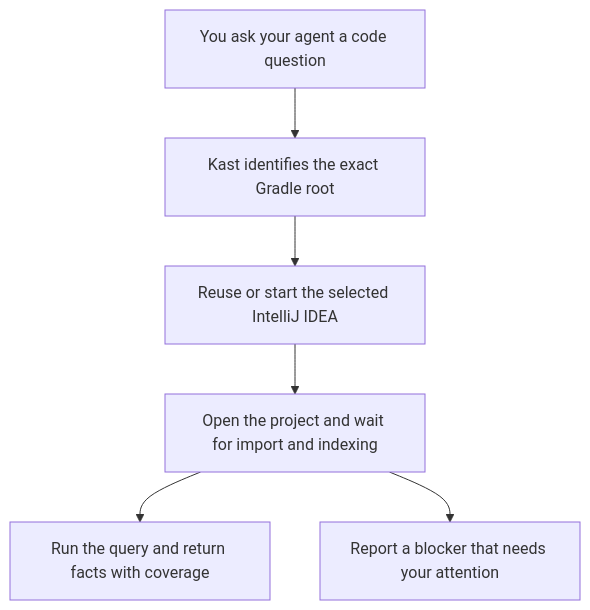
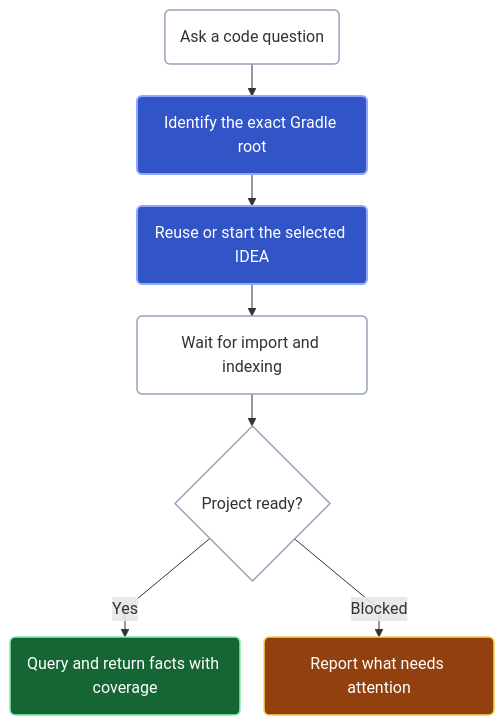
The diagram in docs/public/concepts/background-startup.mdx (amichne/kast), drawn with Mermaid before and after one commit. The commit also changed 12 other files, not shown here.

````diff
--- a/docs/public/concepts/background-startup.mdx
+++ b/docs/public/concepts/background-startup.mdx
@@ -12,8 +12,19 @@
 ```mermaid
-flowchart TD
-  A["You ask your agent a code question"] --> B["Kast identifies the exact Gradle root"]
-  B --> C["Reuse or start the selected IntelliJ IDEA"]
-  C --> D["Open the project and wait for import and indexing"]
-  D --> E["Run the query and return facts with coverage"]
-  D --> F["Report a blocker that needs your attention"]
+%%{init: {"flowchart": {"curve": "linear", "nodeSpacing": 24, "rankSpacing": 32}}}%%
+flowchart TB
+  accTitle: Background preparation ends in a ready query or an explicit blocker
+  accDescr: A question selects an exact Gradle root and its IntelliJ IDEA host. Kast waits for project readiness, then runs the query or reports the blocker instead of returning an empty semantic answer.
+  A("Ask a code question") --> B("Identify the exact Gradle root")
+  B --> C("Reuse or start the selected IDEA")
+  C --> D("Wait for import and indexing")
+  D --> R{"Project ready?"}
+  R -->|Yes| E("Query and return facts with coverage")
+  R -->|Blocked| F("Report what needs attention")
+  classDef default fill:transparent,stroke:#94A3B8,stroke-width:1.5px;
+  classDef authority fill:#3154C7,color:#FFFFFF,stroke:#8FA7FF,stroke-width:2px;
+  classDef evidence fill:#166534,color:#FFFFFF,stroke:#86EFAC,stroke-width:1.5px;
+  classDef limited fill:#92400E,color:#FFFFFF,stroke:#FCD34D,stroke-width:1.5px;
+  class B,C authority;
+  class E evidence;
+  class F limited;
 ```
````
